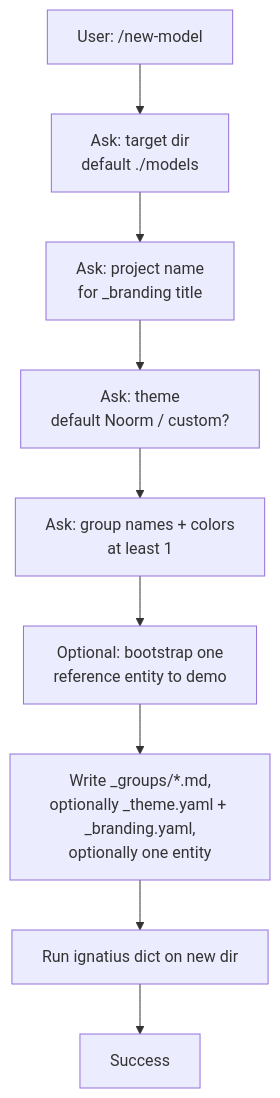
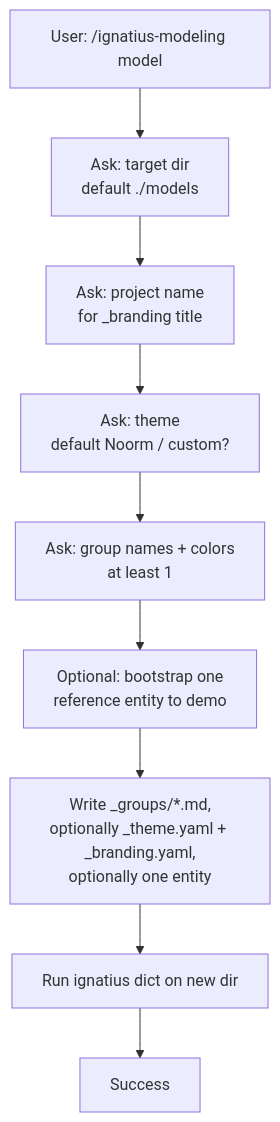
Before and after one commit to noormdev/ignatius: the second of 2 diagrams in docs/design/ignatius-modeling-skill.md, drawn with Mermaid. The commit also changed other lines of this file and 1 other file, not shown here.

First line of the commit message:
docs(spec): amend ignatius-modeling-skill — one skill, two modes

````diff
--- a/docs/design/ignatius-modeling-skill.md
+++ b/docs/design/ignatius-modeling-skill.md
@@ -67,11 +67,11 @@
 ```mermaid
 flowchart TD
-    Start[User: /new-model] --> Q1[Ask: target dir<br/>default ./models]
+    Start[User: /ignatius-modeling model] --> Q1[Ask: target dir<br/>default ./models]
     Q1 --> Q2[Ask: project name<br/>for _branding title]
     Q2 --> Q3[Ask: theme<br/>default Noorm / custom?]
     Q3 --> Q4[Ask: group names + colors<br/>at least 1]
     Q4 --> Q5[Optional: bootstrap one<br/>reference entity to demo]
     Q5 --> Write[Write _groups/*.md,<br/>optionally _theme.yaml + _branding.yaml,<br/>optionally one entity]
     Write --> Lint[Run ignatius dict on new dir]
     Lint --> Success
 ```
````
